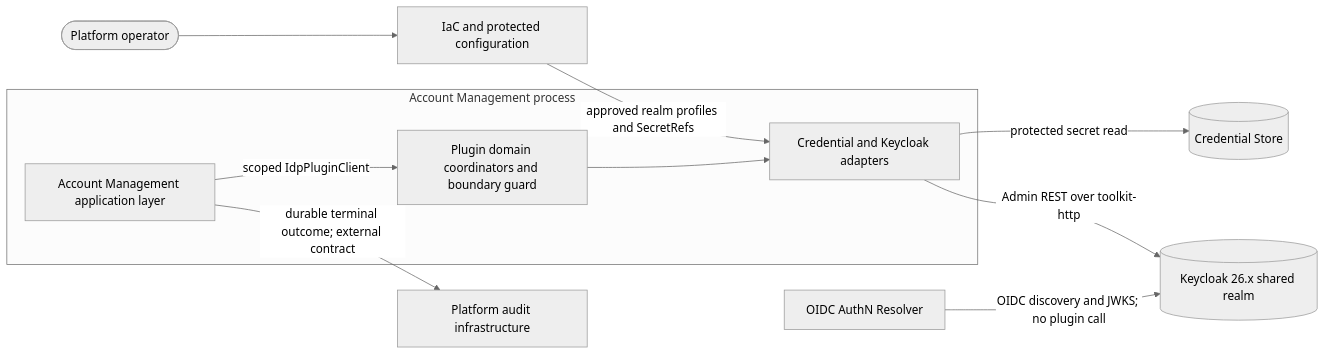
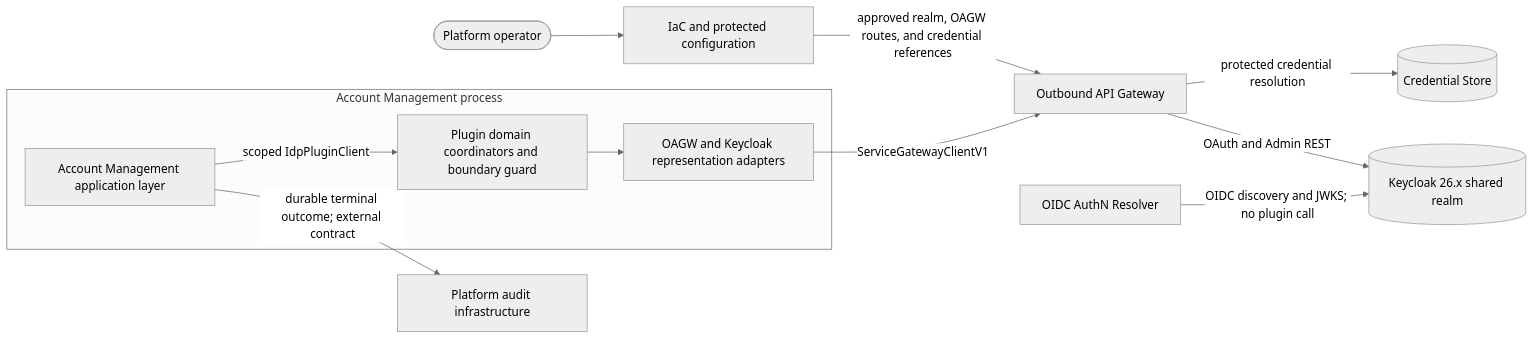
The first of 2 diagrams in gears/system/account-management/plugins/keycloak-idp-plugin/docs/DESIGN.md (constructorfabric/gears-rust), drawn with Mermaid (neutral theme) before and after one commit. The commit also changed other lines of this file and 1 other file, not shown here.

Commit message:
docs(keycloak-idp-plugin): resolve design review findings

````diff
--- a/gears/system/account-management/plugins/keycloak-idp-plugin/docs/DESIGN.md
+++ b/gears/system/account-management/plugins/keycloak-idp-plugin/docs/DESIGN.md
@@ -100,23 +101,25 @@
 ```mermaid
 flowchart LR
   operator([Platform operator])
   iac[IaC and protected configuration]
   cred[(Credential Store)]
+  oagw[Outbound API Gateway]
   kc[(Keycloak 26.x shared realm)]
   authn[OIDC AuthN Resolver]
   audit[Platform audit infrastructure]
   subgraph am[Account Management process]
     api[Account Management application layer]
     domain[Plugin domain coordinators and boundary guard]
-    infra[Credential and Keycloak adapters]
+    infra[OAGW and Keycloak representation adapters]
   end
 
   operator --> iac
-  iac -->|approved realm profiles and SecretRefs| infra
+  iac -->|approved realm, OAGW routes, and credential references| oagw
   api -->|scoped IdpPluginClient| domain
   api -->|durable terminal outcome; external contract| audit
   domain --> infra
-  infra -->|protected secret read| cred
-  infra -->|Admin REST over toolkit-http| kc
+  infra -->|ServiceGatewayClientV1| oagw
+  oagw -->|protected credential resolution| cred
+  oagw -->|OAuth and Admin REST| kc
   authn -->|OIDC discovery and JWKS; no plugin call| kc
 ```
````
